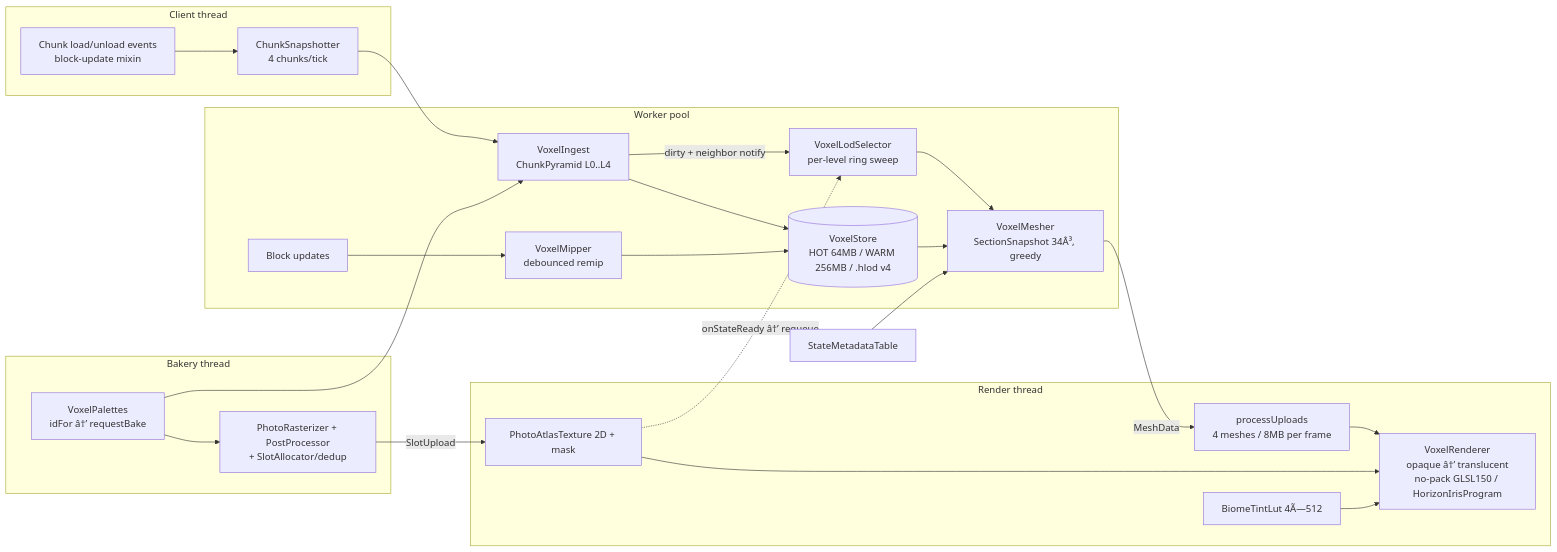
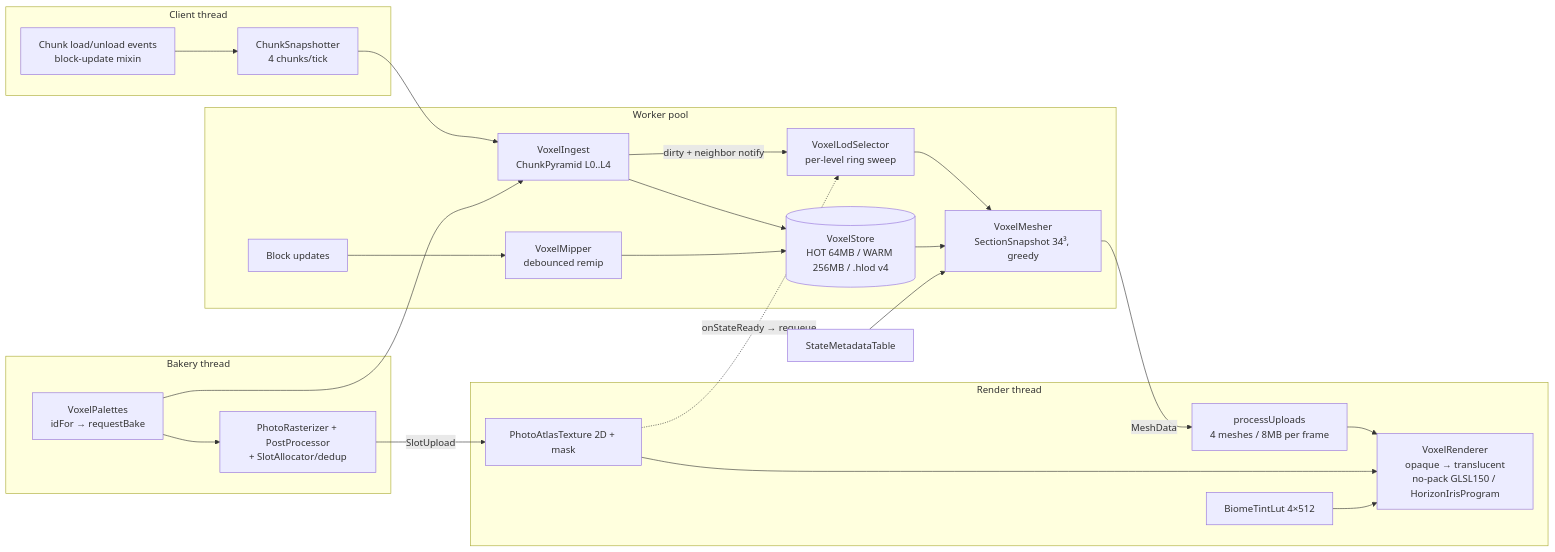
Before and after one commit to Frenk012/NeOPoculus: the diagram in docs/horizon-voxel/DESIGN.md, drawn with Mermaid. The commit also changed other lines of this file and 3 other files, not shown here.

````diff
--- a/docs/horizon-voxel/DESIGN.md
+++ b/docs/horizon-voxel/DESIGN.md
@@ -31,28 +31,28 @@
 ```mermaid
 flowchart LR
   subgraph CLIENT[Client thread]
     EV[Chunk load/unload events<br/>block-update mixin] --> SNAP[ChunkSnapshotter<br/>4 chunks/tick]
   end
   subgraph WORKERS[Worker pool]
     SNAP --> ING[VoxelIngest<br/>ChunkPyramid L0..L4]
     ING --> STORE[(VoxelStore<br/>HOT 64MB / WARM 256MB / .hlod v4)]
     ING -->|dirty + neighbor notify| SCHED[VoxelLodSelector<br/>per-level ring sweep]
-    SCHED --> MESH[VoxelMesher<br/>SectionSnapshot 34Â³, greedy]
+    SCHED --> MESH[VoxelMesher<br/>SectionSnapshot 34³, greedy]
     STORE --> MESH
     UPD[Block updates] --> REMIP[VoxelMipper<br/>debounced remip]
     REMIP --> STORE
   end
   subgraph BAKERY[Bakery thread]
-    PAL[VoxelPalettes<br/>idFor â†’ requestBake] --> RAST[PhotoRasterizer + PostProcessor<br/>+ SlotAllocator/dedup]
+    PAL[VoxelPalettes<br/>idFor → requestBake] --> RAST[PhotoRasterizer + PostProcessor<br/>+ SlotAllocator/dedup]
   end
   subgraph RENDER[Render thread]
     RAST -->|SlotUpload| ATLAS[PhotoAtlasTexture 2D + mask]
     MESH -->|MeshData| UPQ[processUploads<br/>4 meshes / 8MB per frame]
-    UPQ --> DRAW[VoxelRenderer<br/>opaque â†’ translucent<br/>no-pack GLSL150 / HorizonIrisProgram]
+    UPQ --> DRAW[VoxelRenderer<br/>opaque → translucent<br/>no-pack GLSL150 / HorizonIrisProgram]
     ATLAS --> DRAW
-    LUT[BiomeTintLut 4Ã—512] --> DRAW
+    LUT[BiomeTintLut 4×512] --> DRAW
   end
   META[StateMetadataTable] --> MESH
   PAL --> ING
-  ATLAS -.->|onStateReady â†’ requeue| SCHED
+  ATLAS -.->|onStateReady → requeue| SCHED
 ```
````
